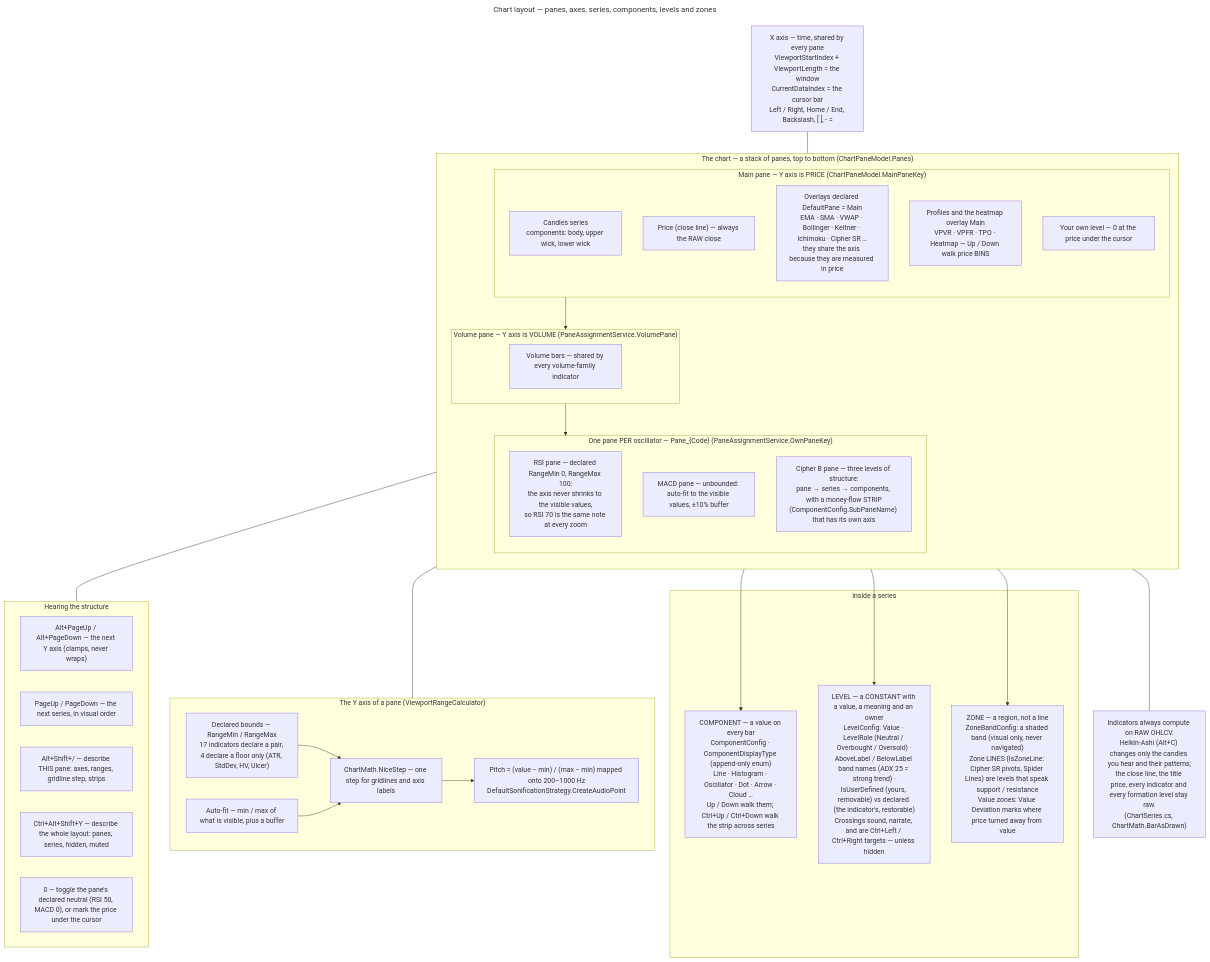
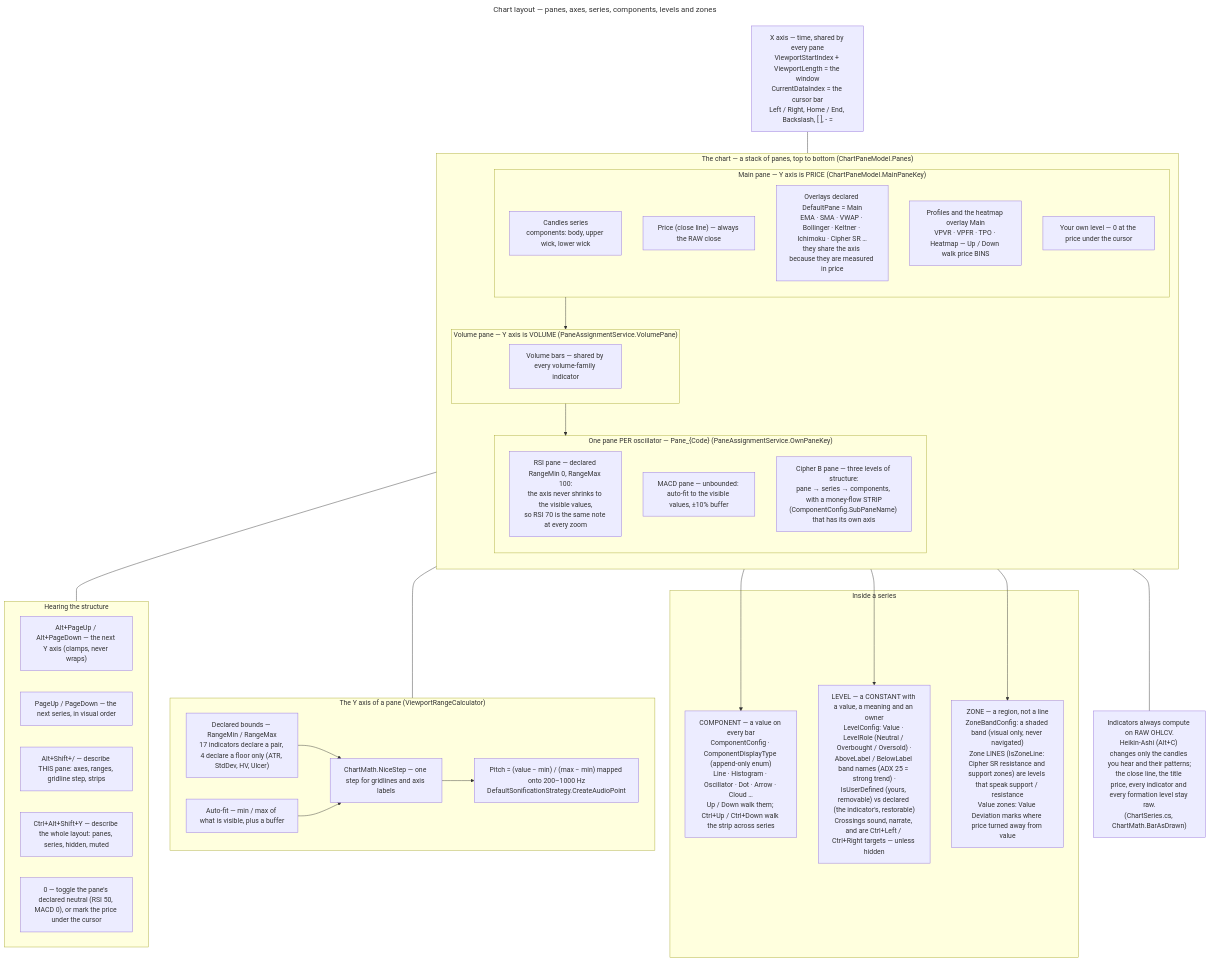
Before and after one commit to churst90/accessible-trade-terminal: the diagram in Diagrams/chart_layout.mmd, drawn with Mermaid. The commit also changed 10 other files, not shown here.

First line of the commit message:
Docs: formation label contrast, Cipher B stock defaults and gold/Buy dot, Cipher A and Cipher SR rebuilt, Spider Lines removed

```diff
--- a/Diagrams/chart_layout.mmd
+++ b/Diagrams/chart_layout.mmd
@@ -1,59 +1,59 @@
 ---
 title: Chart layout — panes, axes, series, components, levels and zones
 ---
 %% Verified against the tree on 2026-09-13.
 %% This is the structure a user walks with the arrow keys. Every node is a real type or key.
 %% The one rule it draws: A PANE IS A Y AXIS (ChartPaneModel.cs). Everything else follows from it.
 flowchart TD
     X["X axis — time, shared by every pane<br/>ViewportStartIndex + ViewportLength = the window<br/>CurrentDataIndex = the cursor bar<br/>Left / Right, Home / End, Backslash, [ ], - ="]
 
     subgraph STACK["The chart — a stack of panes, top to bottom (ChartPaneModel.Panes)"]
         direction TB
         subgraph MAIN["Main pane — Y axis is PRICE (ChartPaneModel.MainPaneKey)"]
             CANDLES["Candles series<br/>components: body, upper wick, lower wick"]
             PRICE["Price (close line) — always the RAW close"]
             OVER["Overlays declared DefaultPane = Main<br/>EMA · SMA · VWAP · Bollinger · Keltner · Ichimoku · Cipher SR …<br/>they share the axis because they are measured in price"]
             PROF["Profiles and the heatmap overlay Main<br/>VPVR · VPFR · TPO · Heatmap — Up / Down walk price BINS"]
             LVLP["Your own level — 0 at the price under the cursor"]
         end
         subgraph VOL["Volume pane — Y axis is VOLUME (PaneAssignmentService.VolumePane)"]
             VOLS["Volume bars — shared by every volume-family indicator"]
         end
         subgraph OSC["One pane PER oscillator — Pane_{Code} (PaneAssignmentService.OwnPaneKey)"]
             RSI["RSI pane — declared RangeMin 0, RangeMax 100:<br/>the axis never shrinks to the visible values,<br/>so RSI 70 is the same note at every zoom"]
             MACD["MACD pane — unbounded: auto-fit to the visible values, ±10% buffer"]
             CB["Cipher B pane — three levels of structure:<br/>pane → series → components, with a money-flow STRIP<br/>(ComponentConfig.SubPaneName) that has its own axis"]
         end
         MAIN --> VOL --> OSC
     end
     X --- STACK
 
     subgraph INSIDE["Inside a series"]
         COMP["COMPONENT — a value on every bar<br/>ComponentConfig · ComponentDisplayType (append-only enum)<br/>Line · Histogram · Oscillator · Dot · Arrow · Cloud …<br/>Up / Down walk them; Ctrl+Up / Ctrl+Down walk the strip across series"]
         LEVEL["LEVEL — a CONSTANT with a value, a meaning and an owner<br/>LevelConfig: Value · LevelRole (Neutral / Overbought / Oversold) ·<br/>AboveLabel / BelowLabel band names (ADX 25 = strong trend) ·<br/>IsUserDefined (yours, removable) vs declared (the indicator's, restorable)<br/>Crossings sound, narrate, and are Ctrl+Left / Ctrl+Right targets — unless hidden"]
-        ZONE["ZONE — a region, not a line<br/>ZoneBandConfig: a shaded band (visual only, never navigated)<br/>Zone LINES (IsZoneLine: Cipher SR pivots, Spider Lines) are levels that speak support / resistance<br/>Value zones: Value Deviation marks where price turned away from value"]
+        ZONE["ZONE — a region, not a line<br/>ZoneBandConfig: a shaded band (visual only, never navigated)<br/>Zone LINES (IsZoneLine: Cipher SR resistance and support zones) are levels that speak support / resistance<br/>Value zones: Value Deviation marks where price turned away from value"]
     end
     CB --> COMP
     RSI --> LEVEL
     MAIN --> ZONE
 
     subgraph AXIS["The Y axis of a pane (ViewportRangeCalculator)"]
         DECL["Declared bounds — RangeMin / RangeMax<br/>17 indicators declare a pair, 4 declare a floor only (ATR, StdDev, HV, Ulcer)"]
         FIT["Auto-fit — min / max of what is visible, plus a buffer"]
         GRID["ChartMath.NiceStep — one step for gridlines and axis labels"]
         PITCH["Pitch = (value − min) / (max − min) mapped onto 200–1000 Hz<br/>DefaultSonificationStrategy.CreateAudioPoint"]
         DECL & FIT --> GRID --> PITCH
     end
     OSC --- AXIS
 
     subgraph KEYS["Hearing the structure"]
         K1["Alt+PageUp / Alt+PageDown — the next Y axis (clamps, never wraps)"]
         K2["PageUp / PageDown — the next series, in visual order"]
         K3["Alt+Shift+/ — describe THIS pane: axes, ranges, gridline step, strips"]
         K4["Ctrl+Alt+Shift+Y — describe the whole layout: panes, series, hidden, muted"]
         K5["0 — toggle the pane's declared neutral (RSI 50, MACD 0), or mark the price under the cursor"]
     end
     STACK --- KEYS
 
     RAW["Indicators always compute on RAW OHLCV.<br/>Heikin-Ashi (Alt+C) changes only the candles you hear and their patterns;<br/>the close line, the title price, every indicator and every formation level stay raw.<br/>(ChartSeries.cs, ChartMath.BarAsDrawn)"]
     CANDLES --- RAW
```
